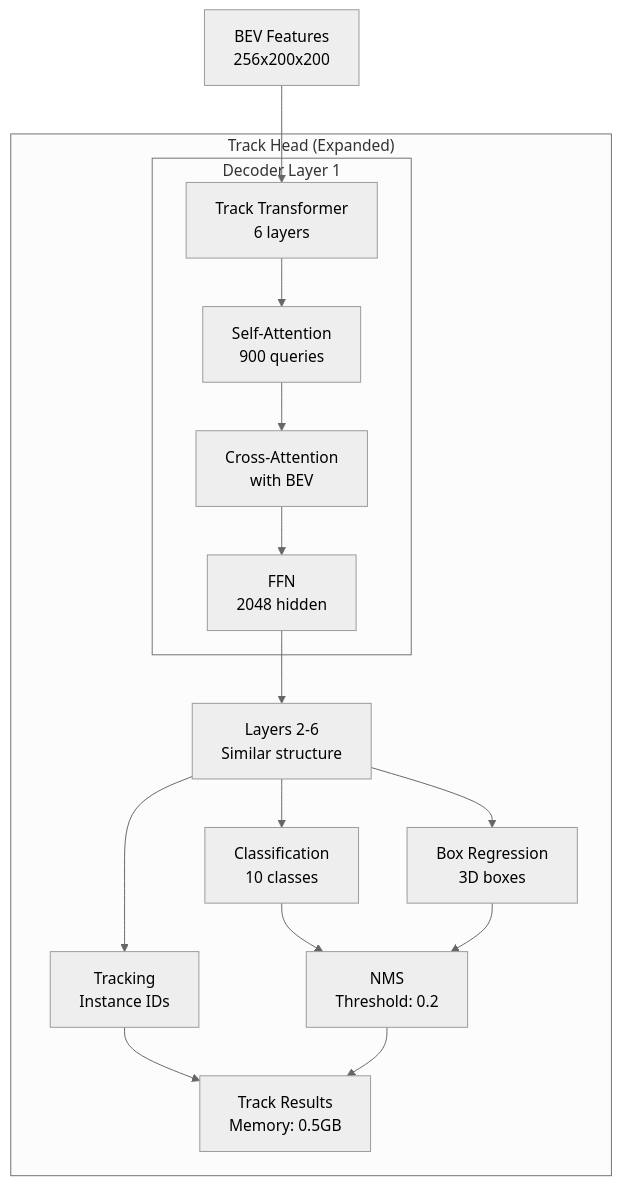
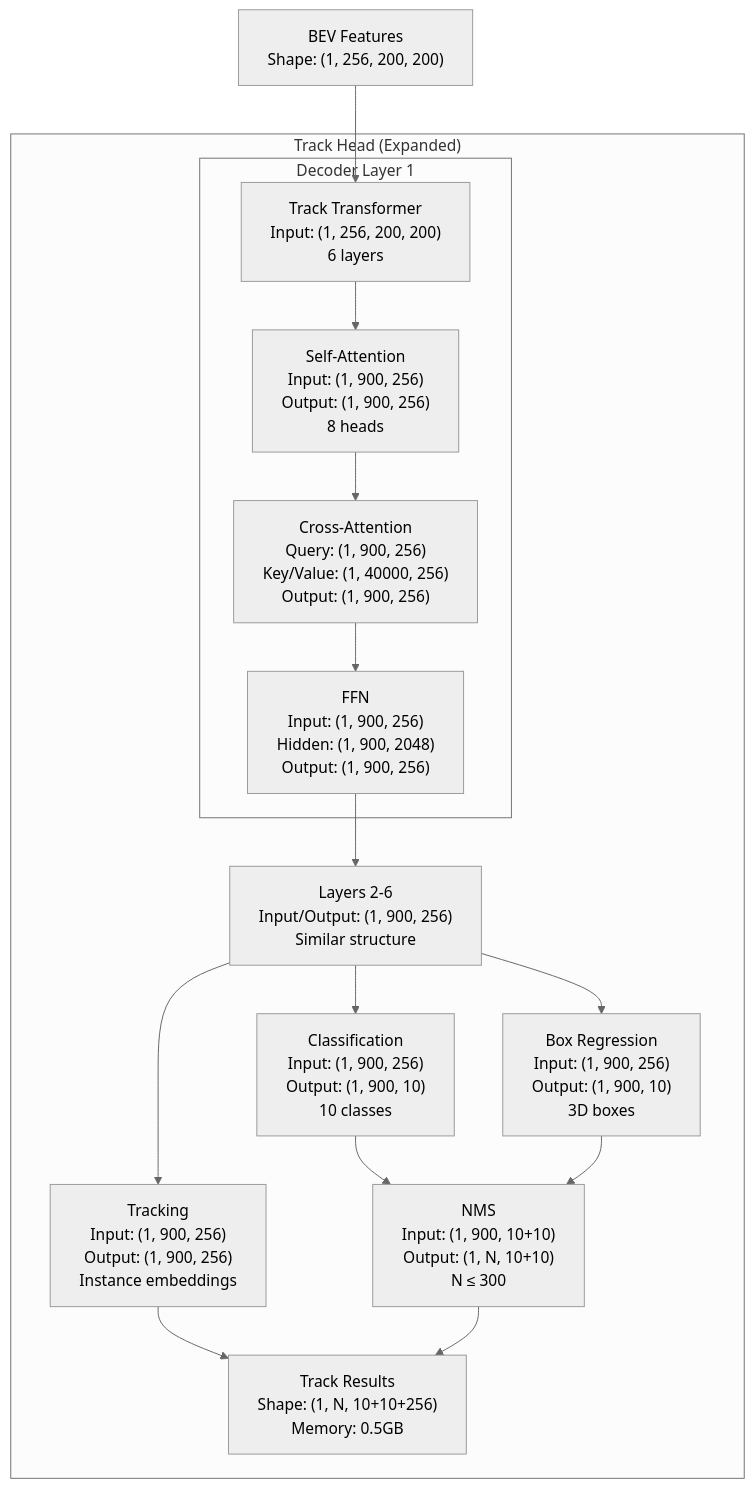
The fourth of 9 diagrams in tools/pytorch_op_tracer/SPEC.md (litanlitudan/UniAD), drawn with Mermaid (neutral theme) before and after one commit. The commit also changed other lines of this file, not shown here.

Commit message:
feat: enhance SPEC.md with detailed tensor shape tracking and visualization options for UniAD

````diff
--- a/tools/pytorch_op_tracer/SPEC.md
+++ b/tools/pytorch_op_tracer/SPEC.md
@@ -526,26 +669,26 @@
 ```mermaid
 graph TB
-    %% Expanded view of Track Head module
-    BEVFeatures[BEV Features<br/>256x200x200] --> TrackTransformer
+    %% Expanded view of Track Head module with tensor shapes
+    BEVFeatures["BEV Features<br/>Shape: (1, 256, 200, 200)"] --> TrackTransformer
     
     subgraph "Track Head (Expanded)"
-        TrackTransformer[Track Transformer<br/>6 layers]
+        TrackTransformer["Track Transformer<br/>Input: (1, 256, 200, 200)<br/>6 layers"]
         
         subgraph "Decoder Layer 1"
-            TrackTransformer --> SelfAttn1[Self-Attention<br/>900 queries]
-            SelfAttn1 --> CrossAttn1[Cross-Attention<br/>with BEV]
-            CrossAttn1 --> FFN1[FFN<br/>2048 hidden]
+            TrackTransformer --> SelfAttn1["Self-Attention<br/>Input: (1, 900, 256)<br/>Output: (1, 900, 256)<br/>8 heads"]
+            SelfAttn1 --> CrossAttn1["Cross-Attention<br/>Query: (1, 900, 256)<br/>Key/Value: (1, 40000, 256)<br/>Output: (1, 900, 256)"]
+            CrossAttn1 --> FFN1["FFN<br/>Input: (1, 900, 256)<br/>Hidden: (1, 900, 2048)<br/>Output: (1, 900, 256)"]
         end
         
-        FFN1 --> MoreLayers[Layers 2-6<br/>Similar structure]
+        FFN1 --> MoreLayers["Layers 2-6<br/>Input/Output: (1, 900, 256)<br/>Similar structure"]
         
-        MoreLayers --> ClassHead[Classification<br/>10 classes]
-        MoreLayers --> BoxHead[Box Regression<br/>3D boxes]
-        MoreLayers --> TrackHead[Tracking<br/>Instance IDs]
+        MoreLayers --> ClassHead["Classification<br/>Input: (1, 900, 256)<br/>Output: (1, 900, 10)<br/>10 classes"]
+        MoreLayers --> BoxHead["Box Regression<br/>Input: (1, 900, 256)<br/>Output: (1, 900, 10)<br/>3D boxes"]
+        MoreLayers --> TrackingHead["Tracking<br/>Input: (1, 900, 256)<br/>Output: (1, 900, 256)<br/>Instance embeddings"]
         
-        ClassHead --> NMS[NMS<br/>Threshold: 0.2]
+        ClassHead --> NMS["NMS<br/>Input: (1, 900, 10+10)<br/>Output: (1, N, 10+10)<br/>N ≤ 300"]
         BoxHead --> NMS
-        TrackHead --> TrackOutput[Track Results<br/>Memory: 0.5GB]
+        TrackingHead --> TrackOutput["Track Results<br/>Shape: (1, N, 10+10+256)<br/>Memory: 0.5GB"]
         NMS --> TrackOutput
     end
 ```
````
